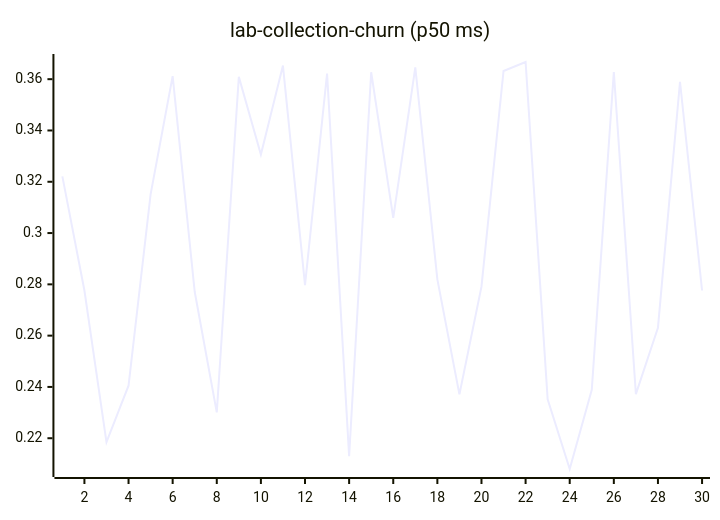
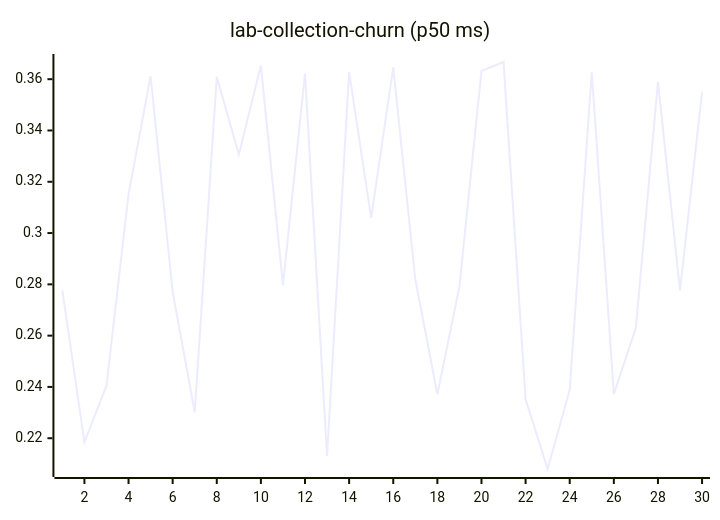
Before and after one commit to josha/Facet: diagram 11 of 27 in README.md, drawn with Mermaid. The commit also changed other lines of this file and 2 other files, not shown here.

````diff
--- a/README.md
+++ b/README.md
@@ -133,6 +133,6 @@
 ```mermaid
 xychart-beta
     title "lab-collection-churn (p50 ms)"
     x-axis 1 --> 30
-    line [0.3221, 0.2776, 0.2185, 0.2405, 0.3151, 0.3612, 0.2771, 0.2301, 0.3609, 0.3306, 0.3653, 0.2797, 0.3622, 0.2130, 0.3627, 0.3059, 0.3646, 0.2819, 0.2371, 0.2791, 0.3632, 0.3667, 0.2352, 0.2080, 0.2389, 0.3628, 0.2372, 0.2631, 0.3590, 0.2776]
+    line [0.2776, 0.2185, 0.2405, 0.3151, 0.3612, 0.2771, 0.2301, 0.3609, 0.3306, 0.3653, 0.2797, 0.3622, 0.2130, 0.3627, 0.3059, 0.3646, 0.2819, 0.2371, 0.2791, 0.3632, 0.3667, 0.2352, 0.2080, 0.2389, 0.3628, 0.2372, 0.2631, 0.3590, 0.2776, 0.3550]
 ```
````
